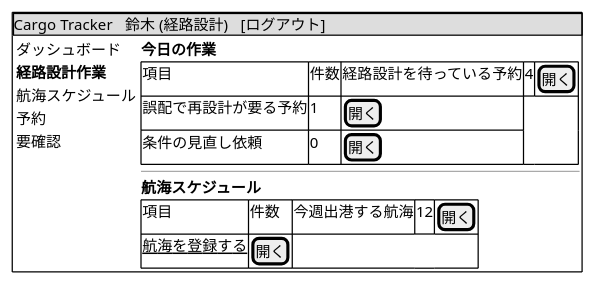
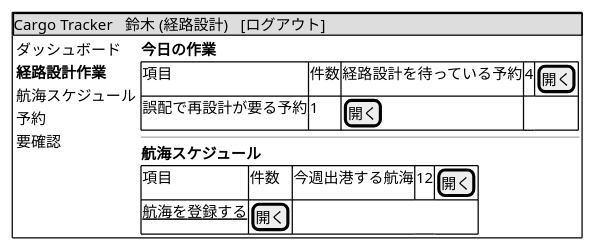
Diagram 12 of 32 in docs/design/cargo-tracker/ui_design.md (k2works/case-study-cargo-tracker), drawn with PlantUML before and after one commit. The commit also changed other lines of this file and 3 other files, not shown here.

````diff
--- a/docs/design/cargo-tracker/ui_design.md
+++ b/docs/design/cargo-tracker/ui_design.md
@@ -614,31 +615,30 @@
 ```plantuml
 @startsalt
 {+
   {* Cargo Tracker | 鈴木 (経路設計) | [ログアウト] }
   {
     { ダッシュボード
       <b>経路設計作業
       航海スケジュール
       予約
       要確認
     } |
     {
       <b>今日の作業
       {#
         項目 | 件数 |
         経路設計を待っている予約 | 4 | [開く]
         誤配で再設計が要る予約 | 1 | [開く]
-        条件の見直し依頼 | 0 | [開く]
       }
       ---
       <b>航海スケジュール
       {#
         項目 | 件数 |
         今週出港する航海 | 12 | [開く]
         <u>航海を登録する</u> | | [開く]
       }
     }
   }
 }
 @endsalt
 ```
````
